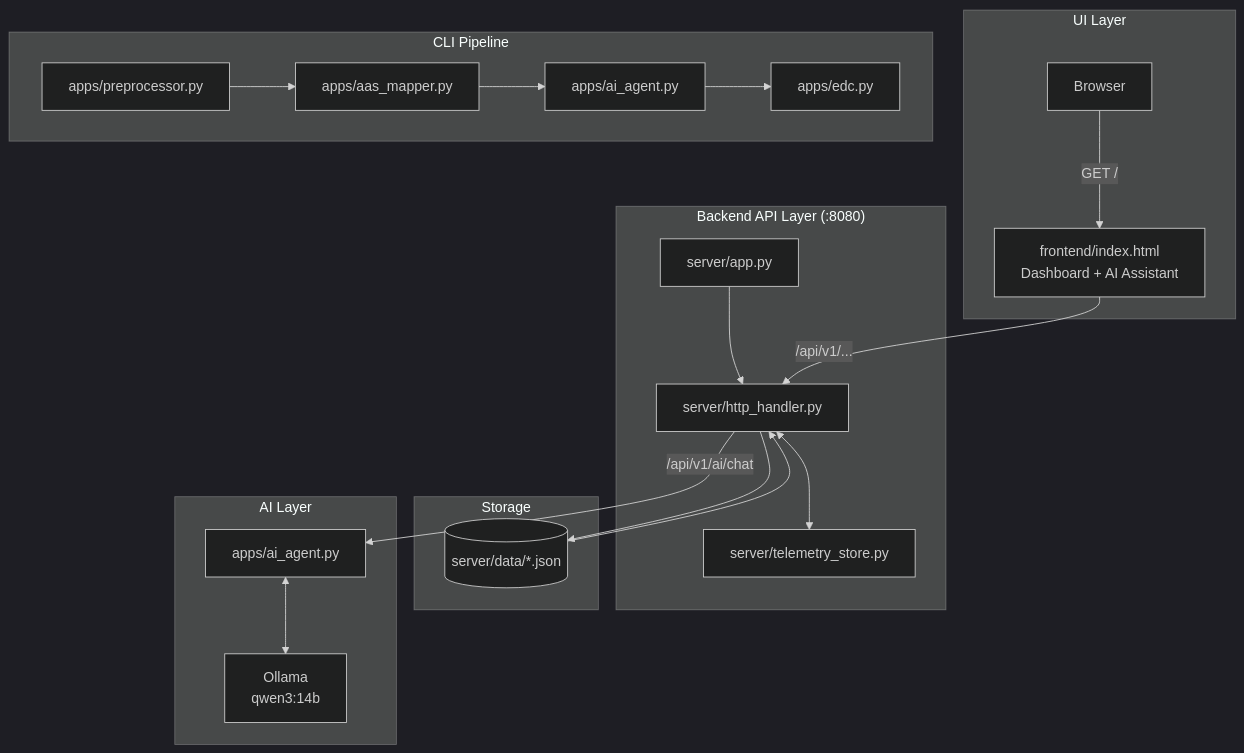
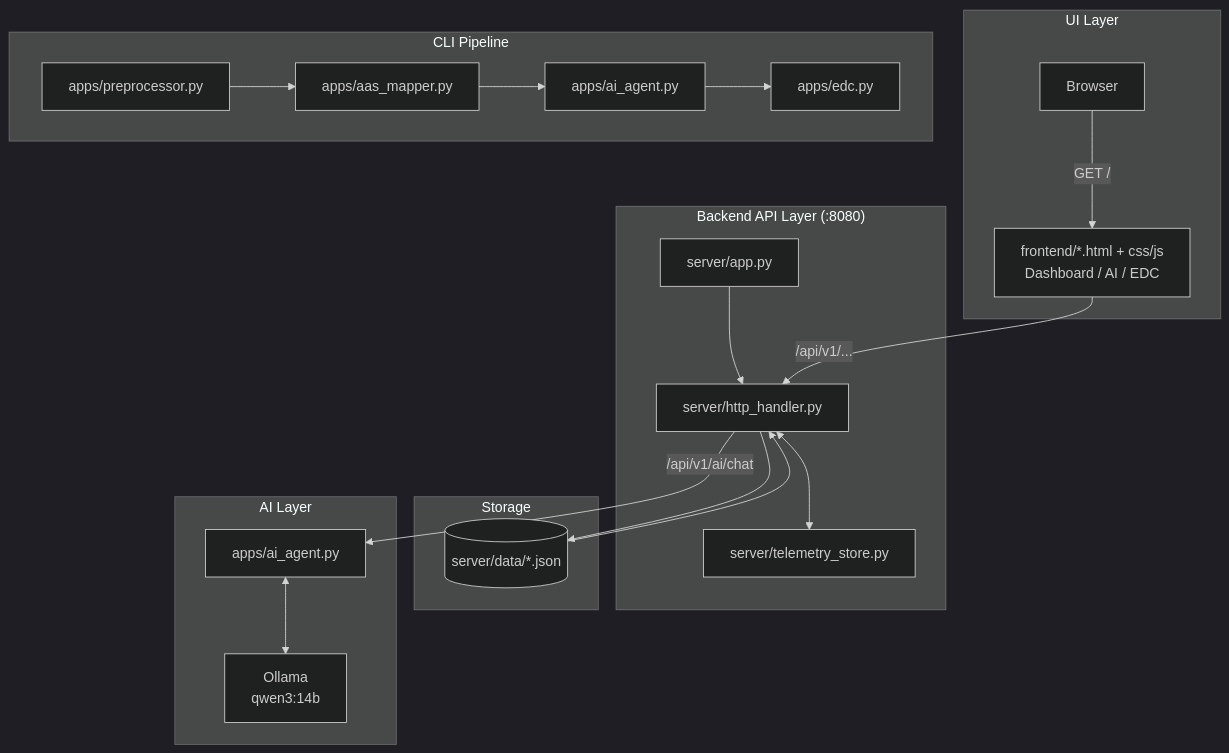
The first of 4 diagrams in README.md (sayoon01/catenax-cobot-dataspace), drawn with Mermaid (dark theme) before and after one commit. The commit also changed other lines of this file and 10 other files, not shown here.

````diff
--- a/README.md
+++ b/README.md
@@ -27,39 +27,39 @@
 ```mermaid
 flowchart TD
     subgraph UI["UI Layer"]
         B[Browser]
-        FE[frontend/index.html<br/>Dashboard + AI Assistant]
+        FE[frontend/*.html + css/js<br/>Dashboard / AI / EDC]
         B -->|GET /| FE
     end
 
     subgraph API["Backend API Layer (:8080)"]
         APP[server/app.py]
         HH[server/http_handler.py]
         TS[server/telemetry_store.py]
         APP --> HH
         HH <--> TS
     end
 
     subgraph STORE["Storage"]
         DATA[(server/data/*.json)]
     end
 
     subgraph AI["AI Layer"]
         AG[apps/ai_agent.py]
         OL[Ollama<br/>qwen3:14b]
         AG <--> OL
     end
 
     subgraph CLI["CLI Pipeline"]
         PR[apps/preprocessor.py]
         MP[apps/aas_mapper.py]
         AG2[apps/ai_agent.py]
         EDC[apps/edc.py]
         PR --> MP --> AG2 --> EDC
     end
 
     FE -->|/api/v1/...| HH
     HH --> DATA
     DATA --> HH
     HH -->|/api/v1/ai/chat| AG
 ```
````
